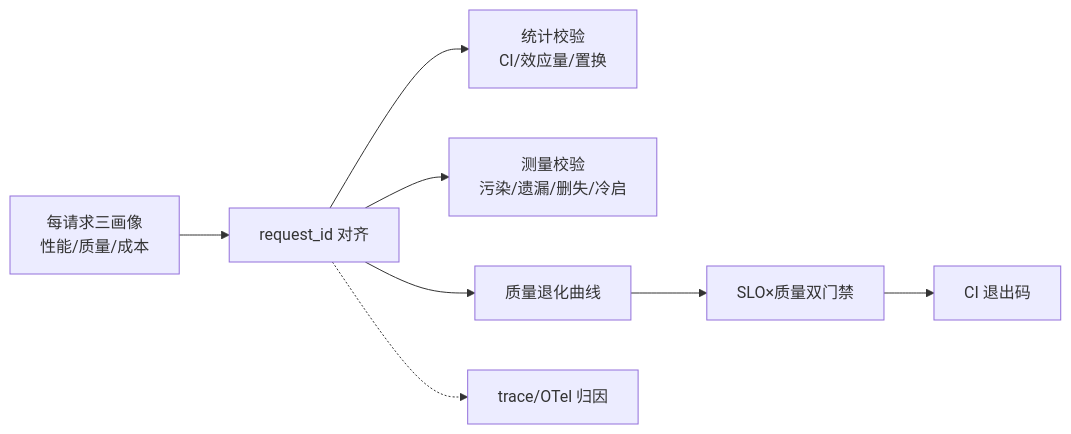
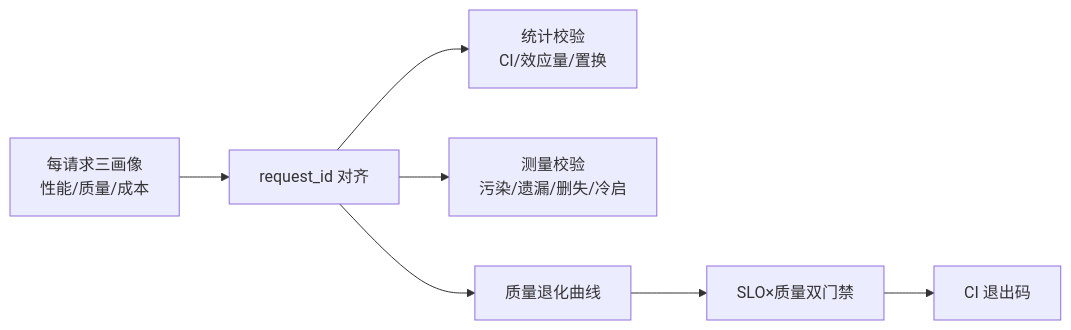
The third of 5 diagrams in docs/ROADMAP.md (hu-chenyu/AquaMind), drawn with Mermaid before and after one commit. The commit also changed other lines of this file and 1 other file, not shown here.

Commit message:
docs: 路线图一致性修正（覆盖率口径、文件路径与表述对齐）

````diff
--- a/docs/ROADMAP.md
+++ b/docs/ROADMAP.md
@@ -192,10 +191,9 @@
 ```mermaid
 flowchart LR
   REQ[每请求三画像<br/>性能/质量/成本] --> JOIN[request_id 对齐]
   JOIN --> STAT[统计校验<br/>CI/效应量/置换]
   JOIN --> MEAS[测量校验<br/>污染/遗漏/删失/冷启]
   JOIN --> QD[质量退化曲线]
   QD --> GATE[SLO×质量双门禁]
   GATE --> EXIT[CI 退出码]
-  JOIN -.-> TR[trace/OTel 归因]
 ```
````
